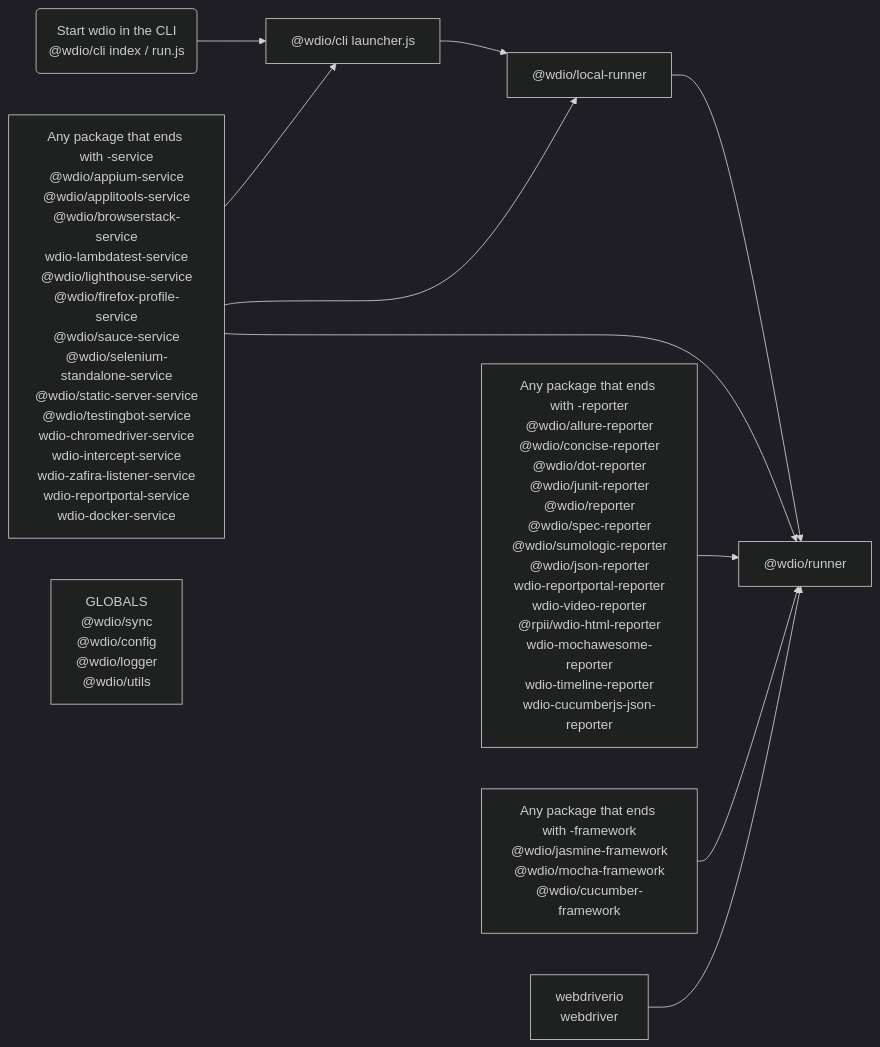
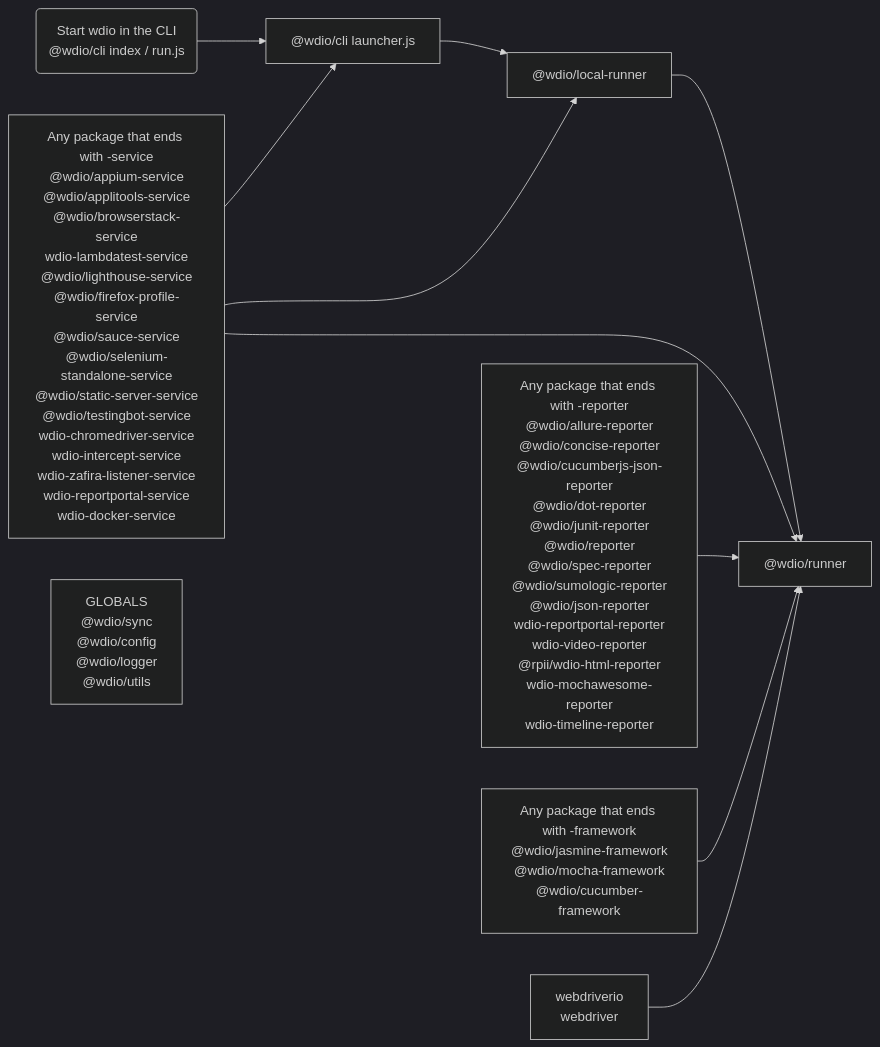
One commit to webdriverio/webdriverio changed the diagram in website/docs/flowcharts/HighLevelOverview.md. Above: the diagram before and after it, drawn with Mermaid (dark theme). The commit also changed 59 other files, not shown here.

First line of the commit message:
feat(@wdio/cucumberjs-json-reporter): move the CucumberJS JSON reporter into the main repository (#16045)

````diff
--- a/website/docs/flowcharts/HighLevelOverview.md
+++ b/website/docs/flowcharts/HighLevelOverview.md
@@ -8,17 +8,17 @@
 ```mermaid
 graph LR
     START("Start wdio in the CLI<br> @wdio/cli index / run.js")-->
     LAUNCHER["@wdio/cli launcher.js"]-->
     LOCALRUNNER["@wdio/local-runner"]-->
     RUNNER["@wdio/runner"]
     LISTOFSERVICES["Any package that ends with -service<br>@wdio/appium-service<br>@wdio/applitools-service<br>@wdio/browserstack-service<br>wdio-lambdatest-service<br>@wdio/lighthouse-service<br>@wdio/firefox-profile-service<br>@wdio/sauce-service<br>@wdio/selenium-standalone-service<br>@wdio/static-server-service<br>@wdio/testingbot-service<br>wdio-chromedriver-service<br>wdio-intercept-service<br>wdio-zafira-listener-service<br>wdio-reportportal-service<br>wdio-docker-service"]-->
     LAUNCHER
     LISTOFSERVICES-->LOCALRUNNER
     LISTOFSERVICES-->RUNNER
-    REPORTER["Any package that ends with -reporter<br>@wdio/allure-reporter<br>@wdio/concise-reporter<br>@wdio/dot-reporter<br>@wdio/junit-reporter<br>@wdio/reporter<br>@wdio/spec-reporter<br>@wdio/sumologic-reporter<br>@wdio/json-reporter<br>wdio-reportportal-reporter<br>wdio-video-reporter<br>@rpii/wdio-html-reporter<br>wdio-mochawesome-reporter<br>wdio-timeline-reporter<br>wdio-cucumberjs-json-reporter"]-->RUNNER
+    REPORTER["Any package that ends with -reporter<br>@wdio/allure-reporter<br>@wdio/concise-reporter<br>@wdio/cucumberjs-json-reporter<br>@wdio/dot-reporter<br>@wdio/junit-reporter<br>@wdio/reporter<br>@wdio/spec-reporter<br>@wdio/sumologic-reporter<br>@wdio/json-reporter<br>wdio-reportportal-reporter<br>wdio-video-reporter<br>@rpii/wdio-html-reporter<br>wdio-mochawesome-reporter<br>wdio-timeline-reporter"]-->RUNNER
     FRAMEWORK["Any package that ends with -framework<br>@wdio/jasmine-framework<br>@wdio/mocha-framework<br>@wdio/cucumber-framework<br>"]-->
     RUNNER
     WEBDRIVER["webdriverio<br>webdriver"]-->
     RUNNER
     GLOBAL["GLOBALS<br>@wdio/sync<br>@wdio/config<br>@wdio/logger<br>@wdio/utils"]
 ```
````
